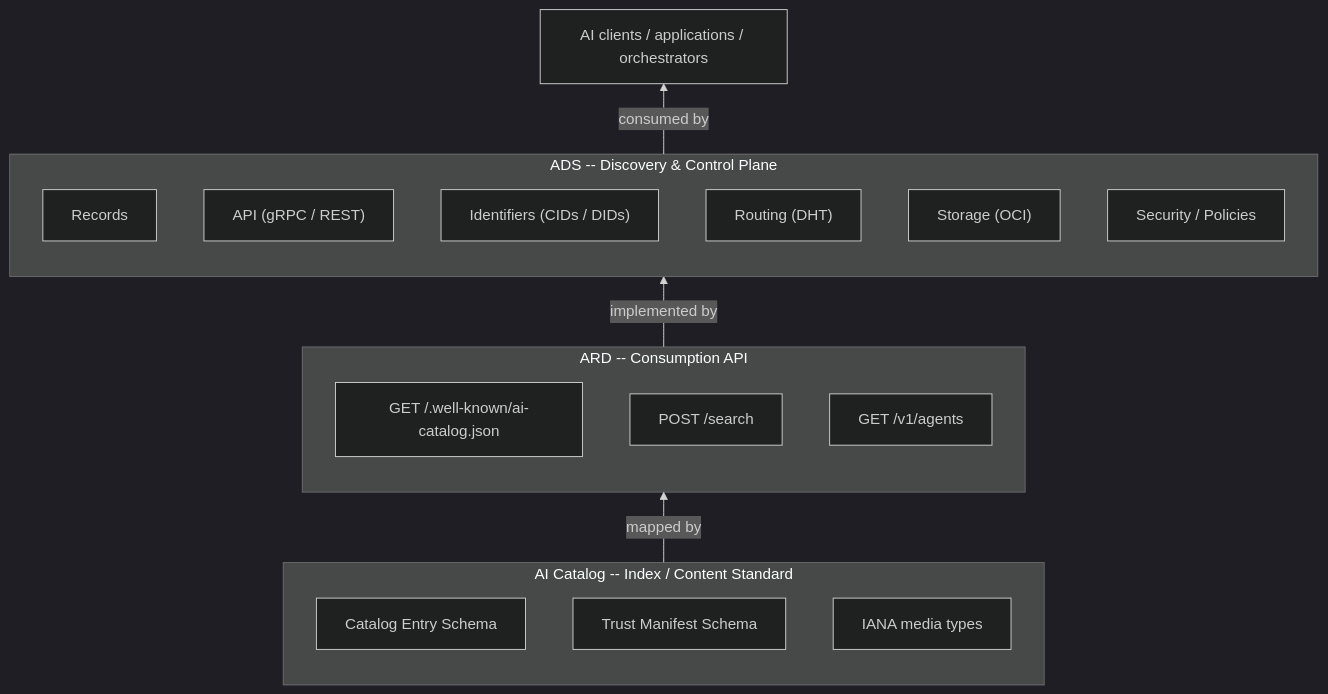
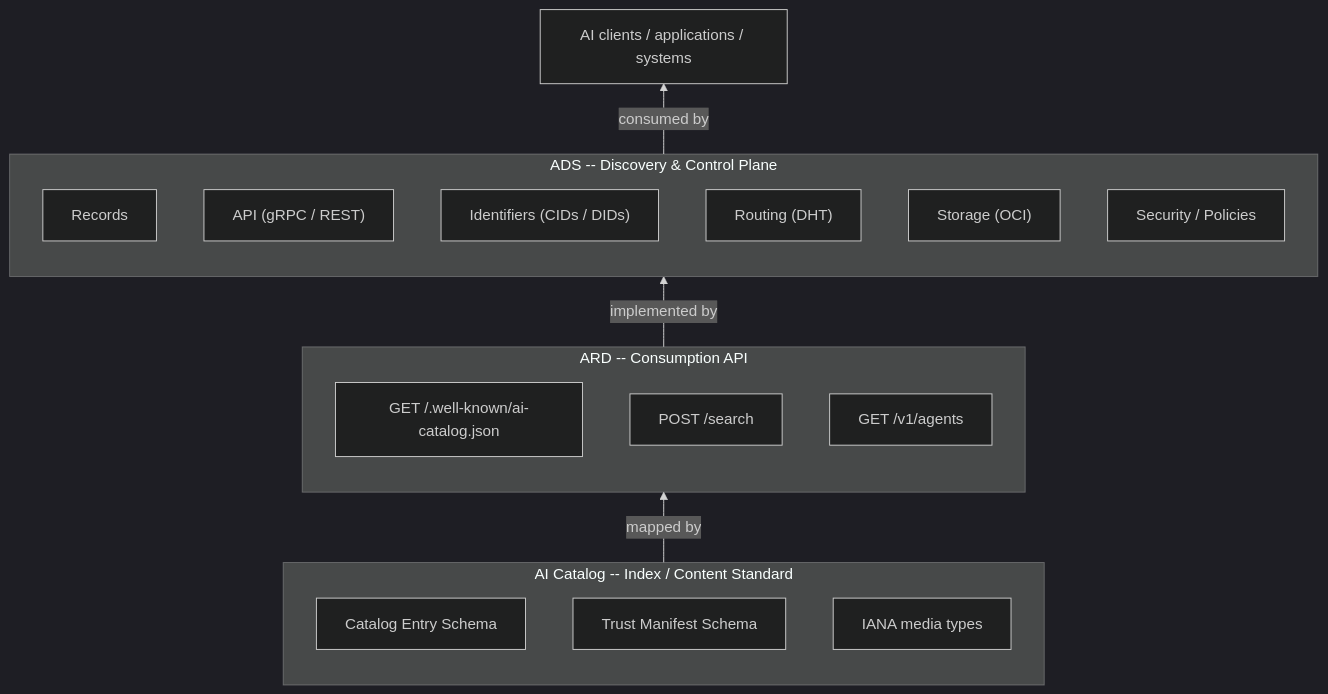
One commit to agntcy/blogs changed the first of 3 diagrams in _posts/2026-06-17-ai-catalog-over-directory.md. Above: the diagram before and after it, drawn with Mermaid (dark theme). The commit also changed other lines of this file, not shown here.

````diff
--- a/_posts/2026-06-17-ai-catalog-over-directory.md
+++ b/_posts/2026-06-17-ai-catalog-over-directory.md
@@ -23,25 +23,25 @@
 ```mermaid
 flowchart BT
     subgraph L3["ADS -- Discovery & Control Plane"]
         OASF["Records"]
         API["API (gRPC / REST)"]
         CID["Identifiers (CIDs / DIDs)"]
         DHT["Routing (DHT)"]
         OCI["Storage (OCI)"]
         SIGN["Security / Policies"]
     end
     subgraph L2["ARD -- Consumption API"]
         WK["GET /.well-known/ai-catalog.json"]
         SEARCH["POST /search"]
         LIST["GET /v1/agents"]
     end
     subgraph L1["AI Catalog -- Index / Content Standard"]
         ENTRY["Catalog Entry Schema"]
         TRUST["Trust Manifest Schema"]
         TYPES["IANA media types"]
     end
 
     L1 -->|"mapped by"| L2
     L2 -->|"implemented by"| L3
-    L3 -->|"consumed by"| CLIENT["AI clients / applications / orchestrators"]
+    L3 -->|"consumed by"| CLIENT["AI clients / applications / systems"]
 ```
````
